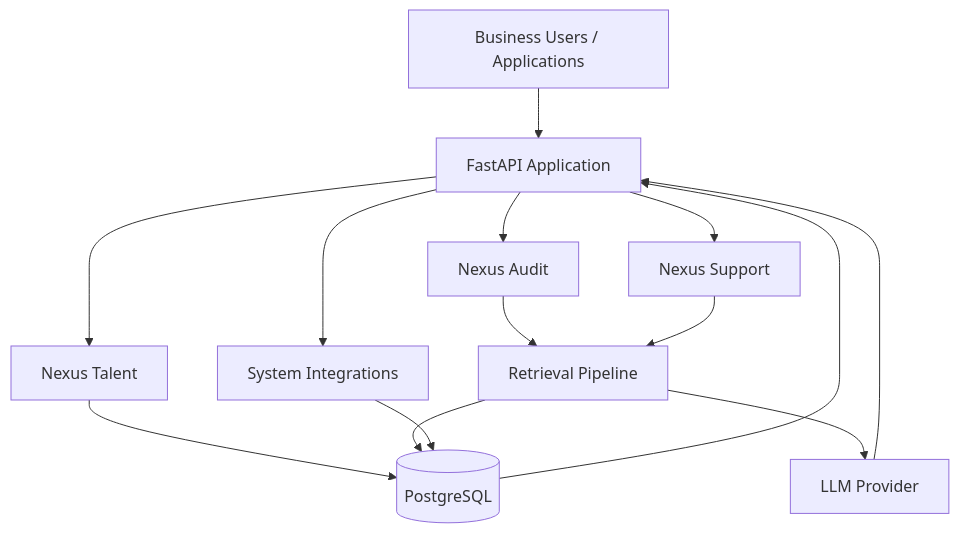
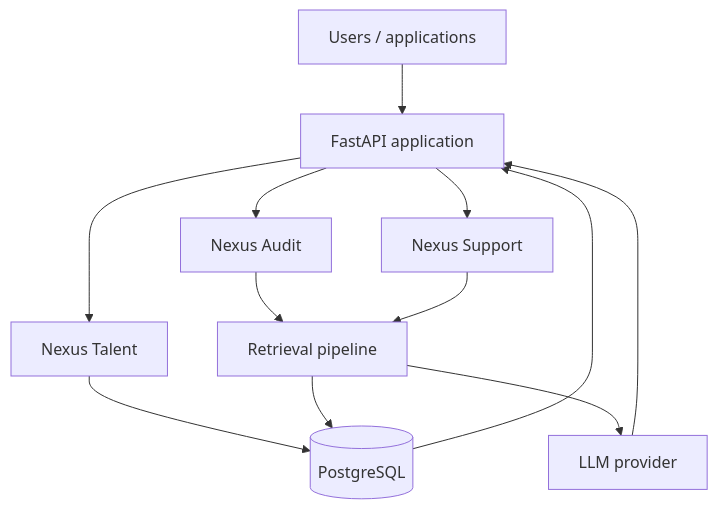
The diagram in README.md (Gallaxz-lab/nexus-enterprise-ai), drawn with Mermaid before and after one commit. The commit also changed other lines of this file, not shown here.

````diff
--- a/README.md
+++ b/README.md
@@ -121,23 +60,18 @@
 ```mermaid
 flowchart TB
-    U[Business Users / Applications]
-
-    U --> API[FastAPI Application]
+    U[Users / applications] --> API[FastAPI application]
 
     API --> TALENT[Nexus Talent]
     API --> AUDIT[Nexus Audit]
     API --> SUPPORT[Nexus Support]
 
-    TALENT --> DATA[(PostgreSQL)]
-    AUDIT --> RETRIEVAL[Retrieval Pipeline]
-    SUPPORT --> RETRIEVAL
+    TALENT --> DB[(PostgreSQL)]
+    AUDIT --> RET[Retrieval pipeline]
+    SUPPORT --> RET
 
-    RETRIEVAL --> DATA
-    RETRIEVAL --> LLM[LLM Provider]
-
-    API --> INTEGRATIONS[System Integrations]
-    INTEGRATIONS --> DATA
+    RET --> DB
+    RET --> LLM[LLM provider]
 
     LLM --> API
-    DATA --> API
+    DB --> API
 ```
````
